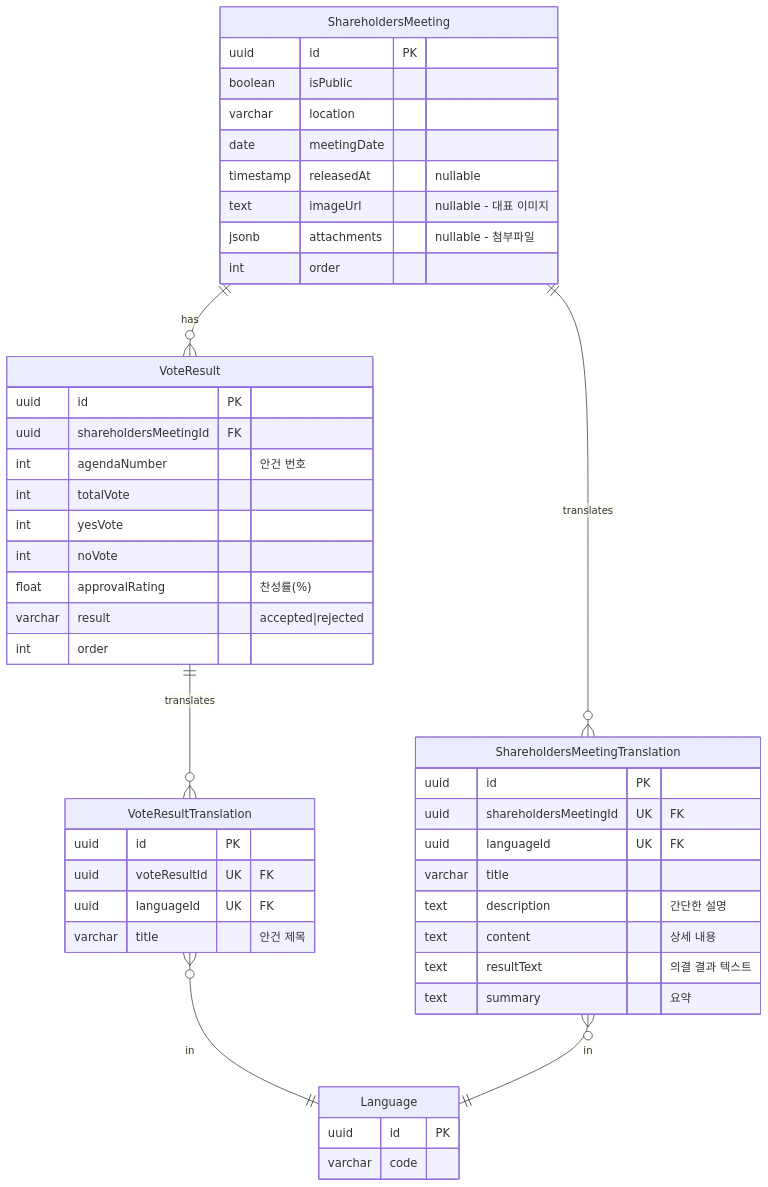
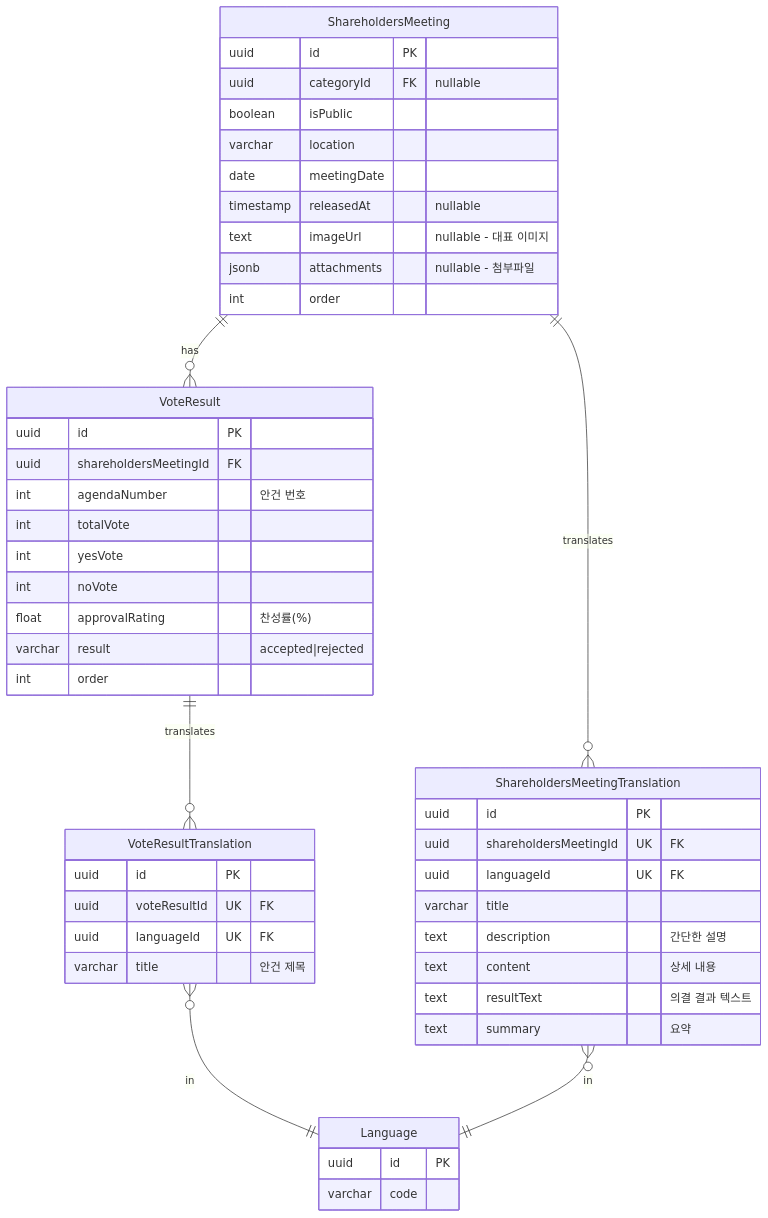
One commit to wukdddang/lumir-cms-backend changed the fourth of 16 diagrams in docs/erd/er-diagram-entities.md. Above: the diagram before and after it, drawn with Mermaid. The commit also changed other lines of this file and 9 other files, not shown here.

````diff
--- a/docs/erd/er-diagram-entities.md
+++ b/docs/erd/er-diagram-entities.md
@@ -240,54 +189,55 @@
 ```mermaid
 erDiagram
     ShareholdersMeeting {
         uuid id PK
+        uuid categoryId FK "nullable"
         boolean isPublic
         varchar location
         date meetingDate
         timestamp releasedAt "nullable"
         text imageUrl "nullable - 대표 이미지"
         jsonb attachments "nullable - 첨부파일"
         int order
     }
     
     VoteResult {
         uuid id PK
         uuid shareholdersMeetingId FK
         int agendaNumber "안건 번호"
         int totalVote
         int yesVote
         int noVote
         float approvalRating "찬성률(%)"
         varchar result "accepted|rejected"
         int order
     }
     
     VoteResultTranslation {
         uuid id PK
         uuid voteResultId UK "FK"
         uuid languageId UK "FK"
         varchar title "안건 제목"
     }
     
     ShareholdersMeetingTranslation {
         uuid id PK
         uuid shareholdersMeetingId UK "FK"
         uuid languageId UK "FK"
         varchar title
         text description "간단한 설명"
         text content "상세 내용"
         text resultText "의결 결과 텍스트"
         text summary "요약"
     }
     
     Language {
         uuid id PK
         varchar code
     }
     
     ShareholdersMeeting ||--o{ VoteResult : "has"
     VoteResult ||--o{ VoteResultTranslation : "translates"
     VoteResultTranslation }o--|| Language : "in"
     ShareholdersMeeting ||--o{ ShareholdersMeetingTranslation : "translates"
     ShareholdersMeetingTranslation }o--|| Language : "in"
 ```
````
